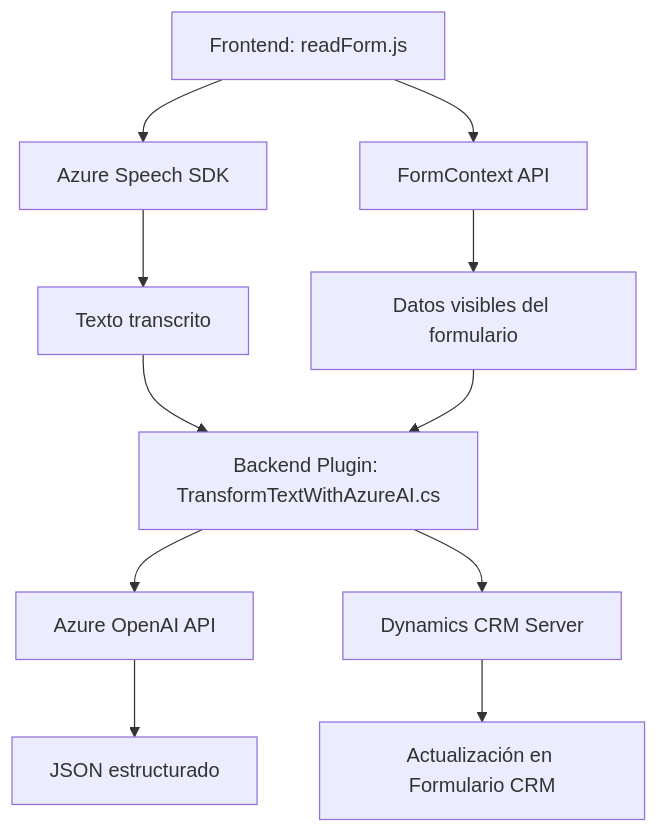
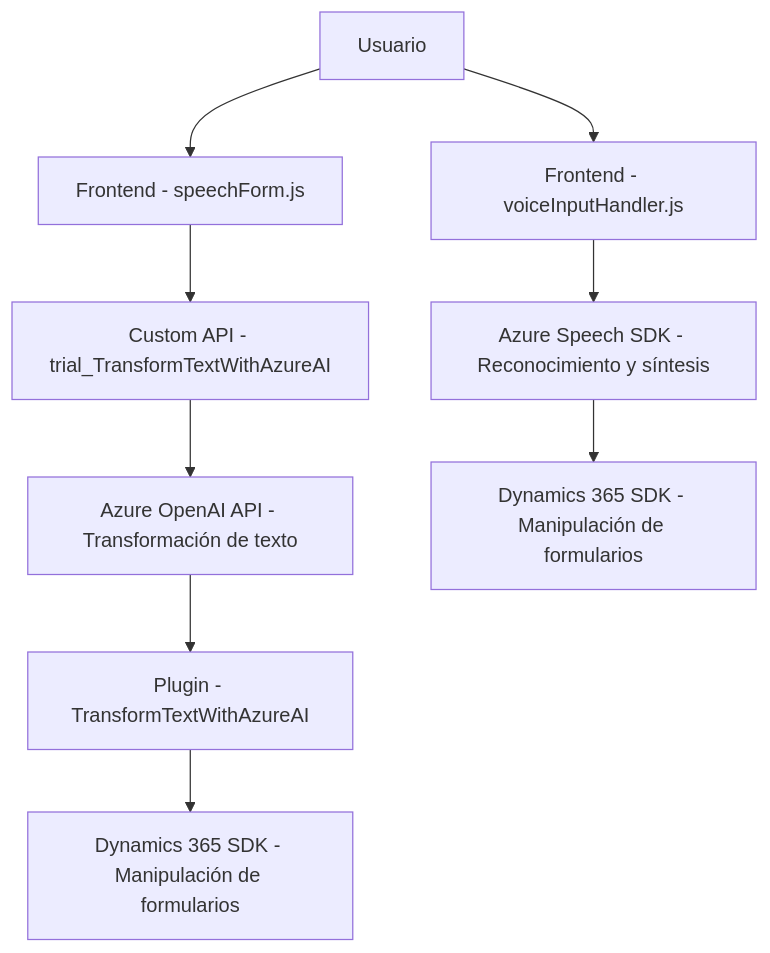
Before and after one commit to blopezdm/NETCORE_BILBAO2025: the diagram in README.md, drawn with Mermaid. The commit also changed other lines of this file, not shown here.

````diff
--- a/README.md
+++ b/README.md
@@ -55,13 +41,11 @@
 ```mermaid
 graph TD
-  A["Frontend: readForm.js"] --> B["Azure Speech SDK"]
-  A --> C["FormContext API"]
-  B --> D["Texto transcrito"]
-  C --> E["Datos visibles del formulario"]
-  D --> F["Backend Plugin: TransformTextWithAzureAI.cs"]
-  E --> F
-  F --> G["Azure OpenAI API"]
-  G --> H["JSON estructurado"]
-  F --> I["Dynamics CRM Server"]
-  I --> J["Actualización en Formulario CRM"]
+  A["Usuario"] --> B["Frontend - voiceInputHandler.js"]
+  A --> C["Frontend - speechForm.js"]
+  B --> D["Azure Speech SDK - Reconocimiento y síntesis"]
+  C --> E["Custom API - trial_TransformTextWithAzureAI"]
+  E --> F["Azure OpenAI API - Transformación de texto"]
+  F --> G["Plugin - TransformTextWithAzureAI"]
+  G --> H["Dynamics 365 SDK - Manipulación de formularios"]
+  D --> I["Dynamics 365 SDK - Manipulación de formularios"]
 ```
````
